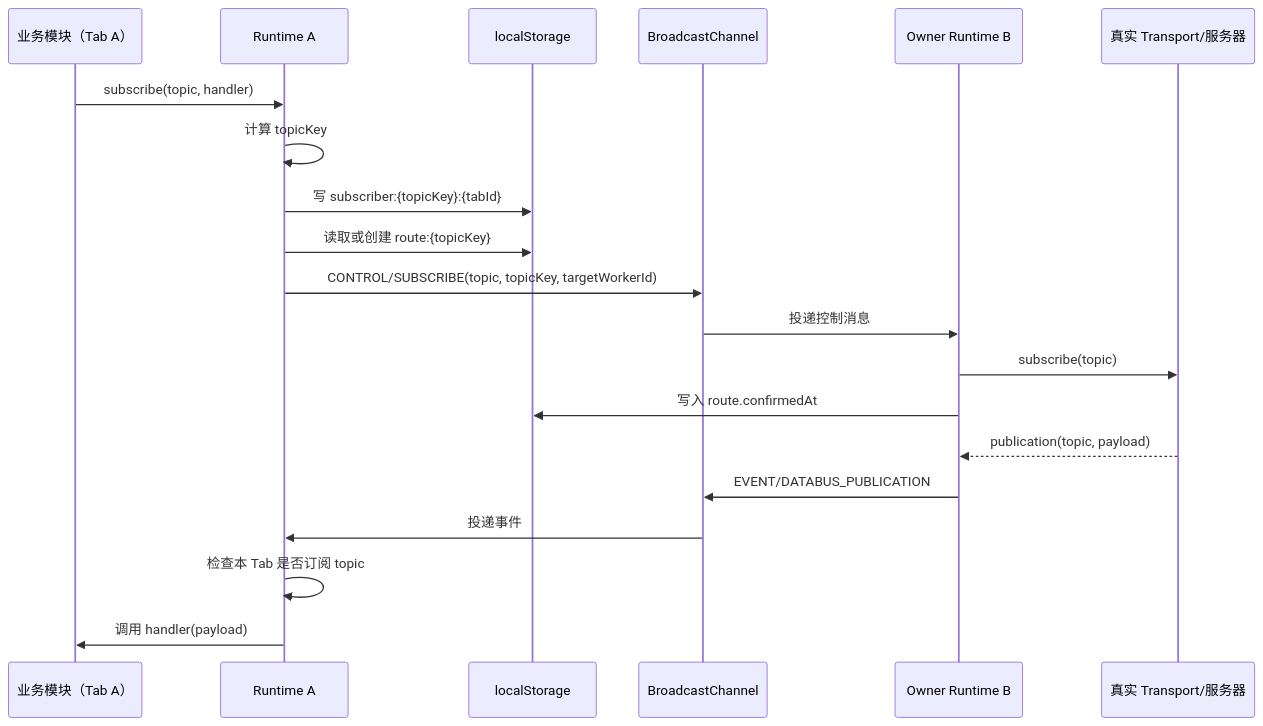
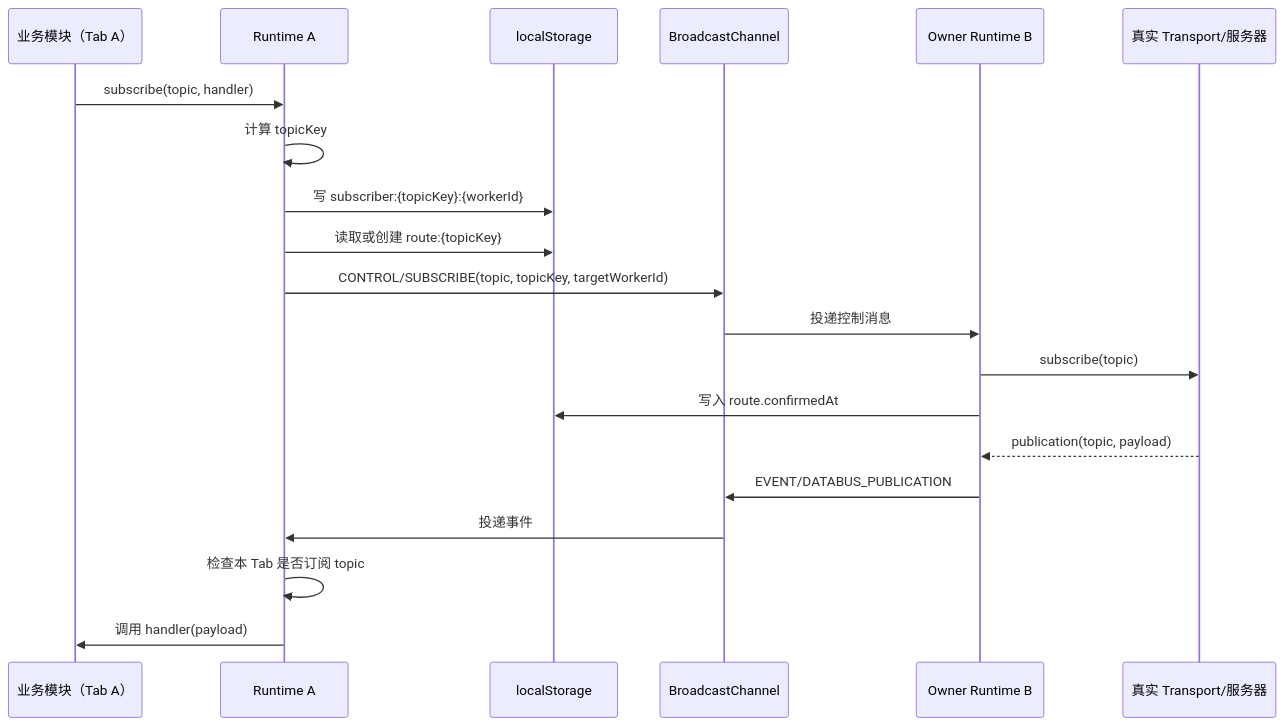
Before and after one commit to Sun1090/cross-tab-worker-databus: the second of 4 diagrams in docs/zh/architecture.md, drawn with Mermaid. The commit also changed other lines of this file and 10 other files, not shown here.

First line of the commit message:
fix(cluster): key subscriber records per Runtime, not per Tab (#446)

````diff
--- a/docs/zh/architecture.md
+++ b/docs/zh/architecture.md
@@ -244,24 +244,24 @@
 ```mermaid
 sequenceDiagram
   participant App as 业务模块（Tab A）
   participant RuntimeA as Runtime A
   participant Storage as localStorage
   participant Channel as BroadcastChannel
   participant RuntimeB as Owner Runtime B
   participant Transport as 真实 Transport/服务器
 
   App->>RuntimeA: subscribe(topic, handler)
   RuntimeA->>RuntimeA: 计算 topicKey
-  RuntimeA->>Storage: 写 subscriber:{topicKey}:{tabId}
+  RuntimeA->>Storage: 写 subscriber:{topicKey}:{workerId}
   RuntimeA->>Storage: 读取或创建 route:{topicKey}
   RuntimeA->>Channel: CONTROL/SUBSCRIBE(topic, topicKey, targetWorkerId)
   Channel->>RuntimeB: 投递控制消息
   RuntimeB->>Transport: subscribe(topic)
   RuntimeB->>Storage: 写入 route.confirmedAt
 
   Transport-->>RuntimeB: publication(topic, payload)
   RuntimeB->>Channel: EVENT/DATABUS_PUBLICATION
   Channel->>RuntimeA: 投递事件
   RuntimeA->>RuntimeA: 检查本 Tab 是否订阅 topic
   RuntimeA->>App: 调用 handler(payload)
 ```
````
